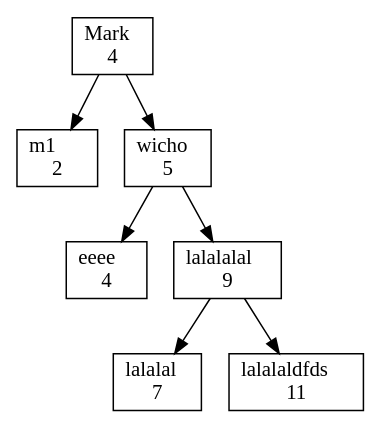
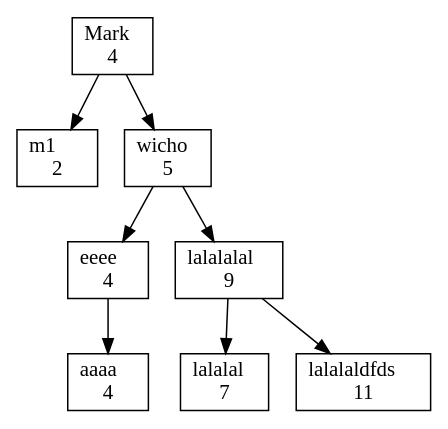
One commit to elJuanjoRamos/EDD_1S2020_PY1_201801262 changed the diagram in EDD_Proyecto1/EDD_Proyecto1/ArbolBinarioBusqueda.dot. Above: the diagram before and after it, drawn with Graphviz. The commit also changed 21 other files, not shown here.

```diff
--- a/EDD_Proyecto1/EDD_Proyecto1/ArbolBinarioBusqueda.dot
+++ b/EDD_Proyecto1/EDD_Proyecto1/ArbolBinarioBusqueda.dot
@@ -1,16 +1,18 @@
 digraph grafica{
 rankdir=TB;node [shape = record, style=filled, fillcolor=white];
 nodo1[ label ="Mark\l4"];
 nodo4 [ label ="m1\l2"];
 nodo1->nodo4
 nodo2[ label ="wicho\l5"];
-nodo7 [ label ="eeee\l4"];
+nodo7[ label ="eeee\l4"];
+nodo8 [ label ="aaaa\l4"];
+nodo7->nodo8
 nodo2->nodo7
 nodo3[ label ="lalalalal\l9"];
 nodo5 [ label ="lalalal\l7"];
 nodo3->nodo5
 nodo6 [ label ="lalalaldfds\l11"];
 nodo3->nodo6
 nodo2->nodo3
 nodo1->nodo2
 }
```
